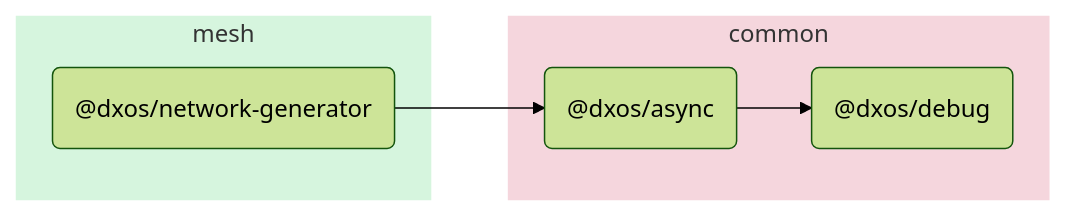
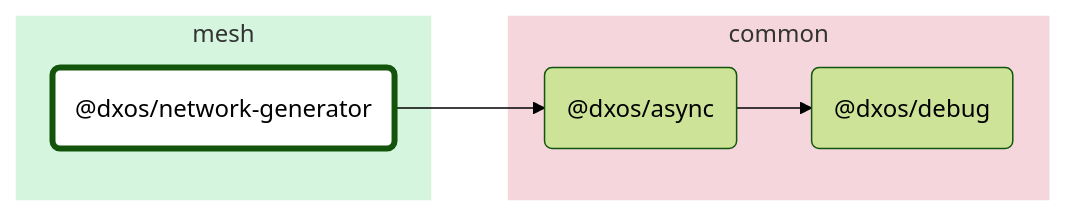
One commit to dxos/dxos changed the diagram in packages/mesh/network-generator/docs/README.md. Above: the diagram before and after it, drawn with Mermaid (forest theme). The commit also changed other lines of this file and 88 other files, not shown here.

````diff
--- a/packages/mesh/network-generator/docs/README.md
+++ b/packages/mesh/network-generator/docs/README.md
@@ -5,17 +7,22 @@
 ```mermaid
 flowchart LR;
+
+style dxos/network-generator fill:#fff,stroke-width:4px;
+
+click dxos/async "https:/github.com/dxos/dxos/tree/main/packages/common/async/docs";
+click dxos/debug "https:/github.com/dxos/dxos/tree/main/packages/common/debug/docs";
 
 subgraph mesh
   style mesh fill:#d6f5de,stroke:#fff;
   dxos/network-generator("@dxos/network-generator");
 end
 
 subgraph common
   style common fill:#f5d6dd,stroke:#fff;
   dxos/async("@dxos/async");
   dxos/debug("@dxos/debug");
 end
 
 dxos/network-generator --> dxos/async;
 dxos/async --> dxos/debug;
 ```
````
